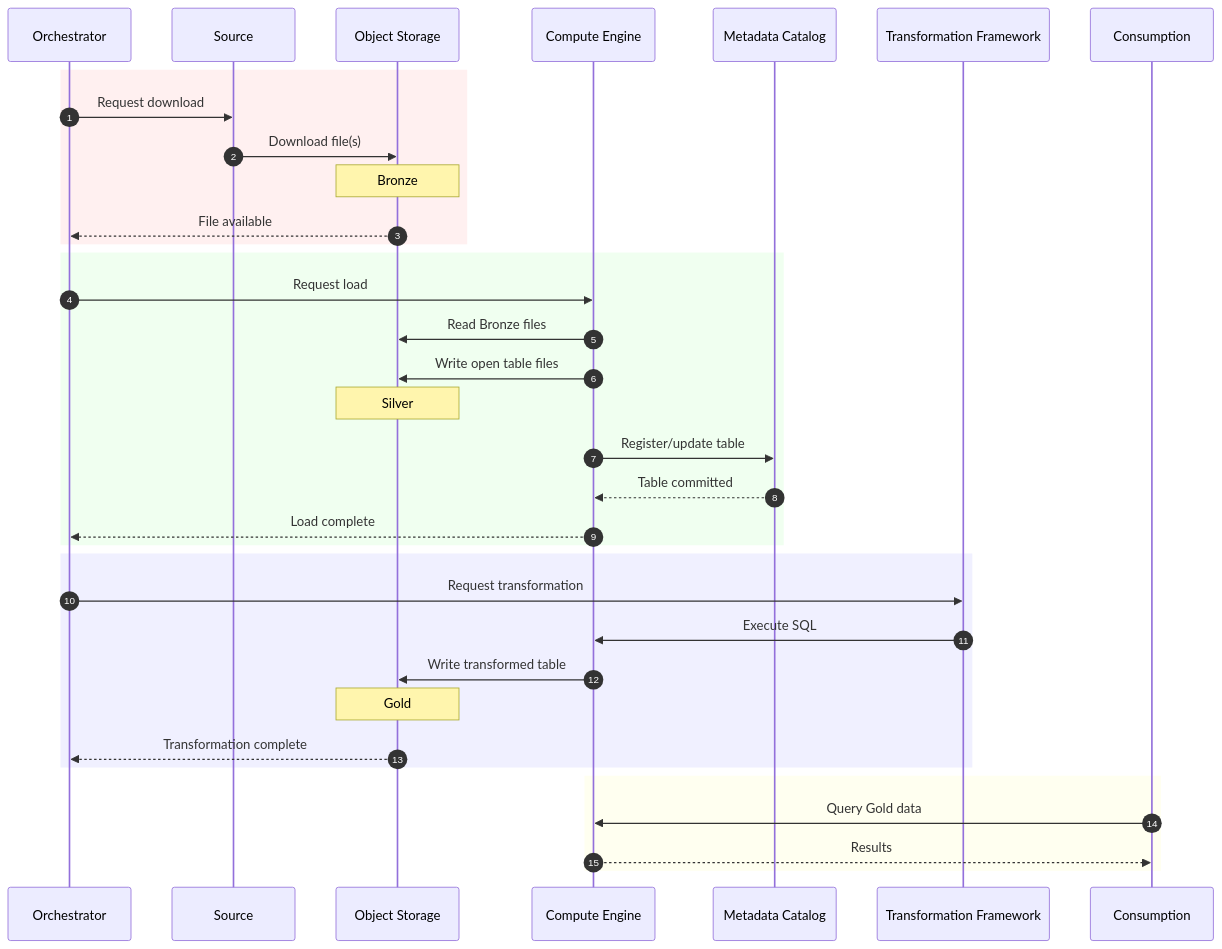
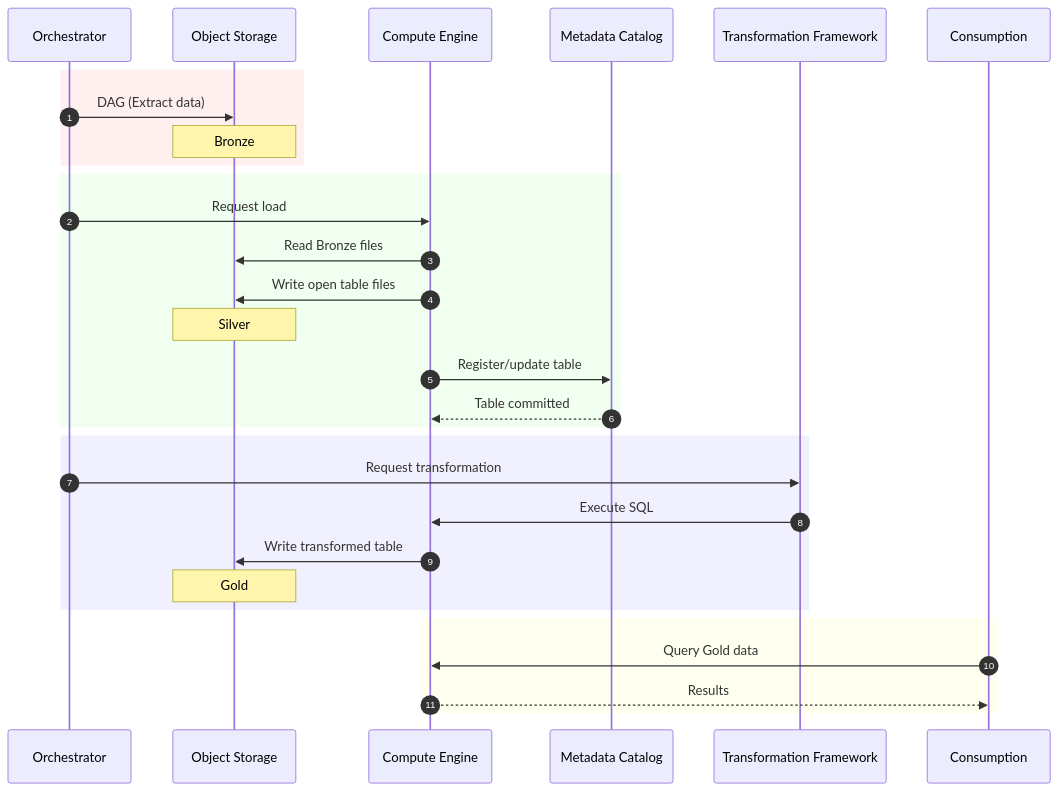
Before and after one commit to Rez99/data-engineering-portfolio: the second of 2 diagrams in project-1-lakehouse/README.md, drawn with Mermaid. The commit also changed 4 other files, not shown here.

Commit message:
Remove Dockerfile and docker-compose.yaml; add Airflow setup and toy data download script

````diff
--- a/project-1-lakehouse/README.md
+++ b/project-1-lakehouse/README.md
@@ -40,44 +40,41 @@
 ```mermaid
 sequenceDiagram
     autonumber
 
     participant Orchestrator
-    participant Source
     participant ObjectStorage as Object Storage
     participant ComputeEngine as Compute Engine
     participant Catalog as Metadata Catalog
     participant Transform as Transformation Framework
     participant Consumption
 
     rect rgb(255, 240, 240)
-        Orchestrator->>Source: Request download
-        Source->>ObjectStorage: Download file(s)
+        Orchestrator->>ObjectStorage: DAG (Extract data)
         Note over ObjectStorage: Bronze
-        ObjectStorage-->>Orchestrator: File available
     end
 
     rect rgb(240, 255, 240)
         Orchestrator->>ComputeEngine: Request load
         ComputeEngine->>ObjectStorage: Read Bronze files
         ComputeEngine->>ObjectStorage: Write open table files
         Note over ObjectStorage: Silver
         ComputeEngine->>Catalog: Register/update table
         Catalog-->>ComputeEngine: Table committed
-        ComputeEngine-->>Orchestrator: Load complete
     end
 
     rect rgb(240, 240, 255)
         Orchestrator->>Transform: Request transformation
         Transform->>ComputeEngine: Execute SQL
         ComputeEngine->>ObjectStorage: Write transformed table
         Note over ObjectStorage: Gold
-        ObjectStorage-->>Orchestrator: Transformation complete
     end
 
     rect rgb(255, 255, 240)
        Consumption->>ComputeEngine: Query Gold data
        ComputeEngine-->>Consumption: Results
     end
 
     
+
+    
 ```
````
